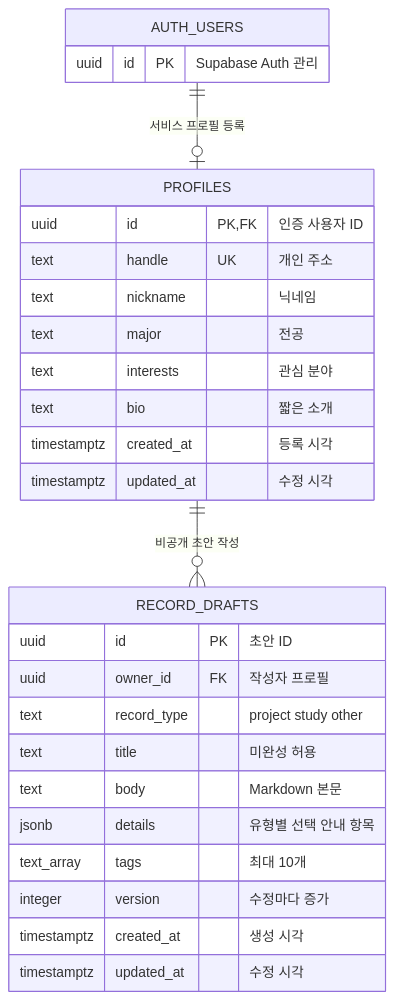
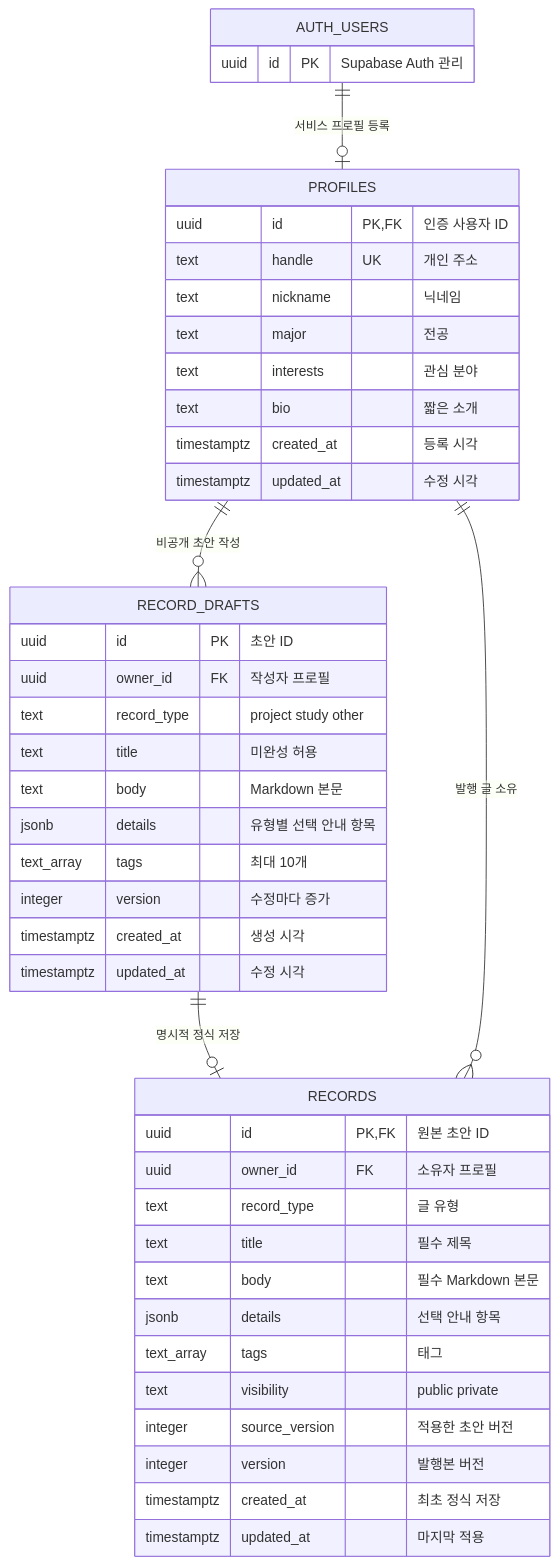
One commit to JungSeungYoon/chwieop-jom-haja changed the diagram in docs/ERD.md. Above: the diagram before and after it, drawn with Mermaid. The commit also changed other lines of this file and 16 other files, not shown here.

````diff
--- a/docs/ERD.md
+++ b/docs/ERD.md
@@ -5,30 +5,46 @@
 ```mermaid
 erDiagram
     AUTH_USERS ||--o| PROFILES : "서비스 프로필 등록"
     PROFILES ||--o{ RECORD_DRAFTS : "비공개 초안 작성"
+    RECORD_DRAFTS ||--o| RECORDS : "명시적 정식 저장"
+    PROFILES ||--o{ RECORDS : "발행 글 소유"
     AUTH_USERS {
         uuid id PK "Supabase Auth 관리"
+    }
+    RECORDS {
+        uuid id PK,FK "원본 초안 ID"
+        uuid owner_id FK "소유자 프로필"
+        text record_type "글 유형"
+        text title "필수 제목"
+        text body "필수 Markdown 본문"
+        jsonb details "선택 안내 항목"
+        text_array tags "태그"
+        text visibility "public private"
+        integer source_version "적용한 초안 버전"
+        integer version "발행본 버전"
+        timestamptz created_at "최초 정식 저장"
+        timestamptz updated_at "마지막 적용"
     }
     RECORD_DRAFTS {
         uuid id PK "초안 ID"
         uuid owner_id FK "작성자 프로필"
         text record_type "project study other"
         text title "미완성 허용"
         text body "Markdown 본문"
         jsonb details "유형별 선택 안내 항목"
         text_array tags "최대 10개"
         integer version "수정마다 증가"
         timestamptz created_at "생성 시각"
         timestamptz updated_at "수정 시각"
     }
     PROFILES {
         uuid id PK,FK "인증 사용자 ID"
         text handle UK "개인 주소"
         text nickname "닉네임"
         text major "전공"
         text interests "관심 분야"
         text bio "짧은 소개"
         timestamptz created_at "등록 시각"
         timestamptz updated_at "수정 시각"
     }
 ```
````
